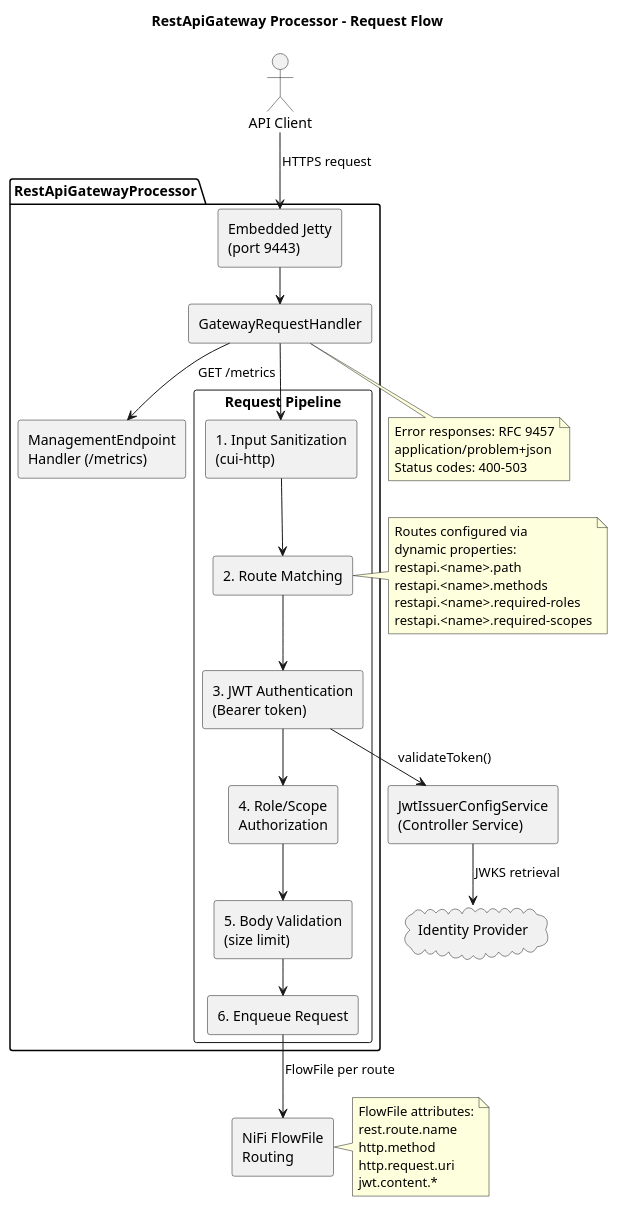
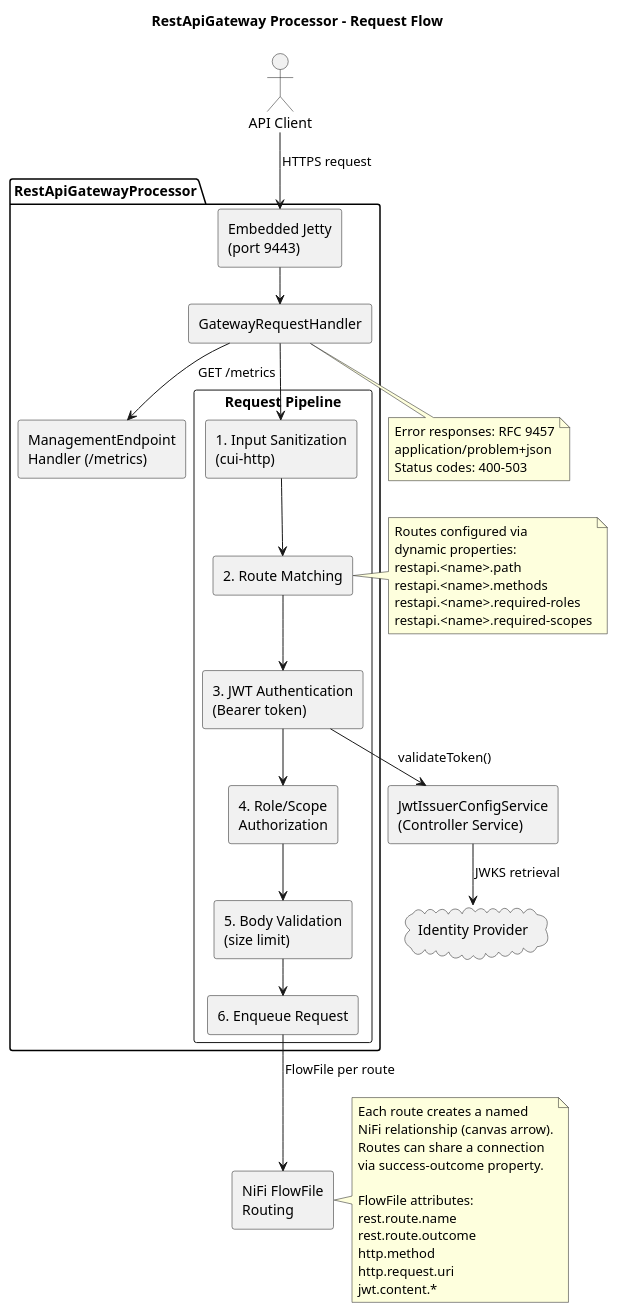
The diagram in doc/plantuml/api-gateway-pattern.puml (cuioss/nifi-extensions), drawn with PlantUML before and after one commit. The commit also changed 18 other files, not shown here.

First line of the commit message:
feat: rename Success Outcome to NiFi Connection Name and add connection map (#137) (#207)

```diff
--- a/doc/plantuml/api-gateway-pattern.puml
+++ b/doc/plantuml/api-gateway-pattern.puml
@@ -1,68 +1,74 @@
 @startuml api-gateway-pattern
 !pragma layout smetana
 skinparam componentStyle rectangle
 
 title "RestApiGateway Processor - Request Flow"
 
 actor "API Client" as client
 
 package "RestApiGatewayProcessor" {
   component "Embedded Jetty\n(port 9443)" as jetty
   component "GatewayRequestHandler" as handler
 
   component "Request Pipeline" as pipeline {
     component "1. Input Sanitization\n(cui-http)" as sanitize
     component "2. Route Matching" as route
     component "3. JWT Authentication\n(Bearer token)" as authn
     component "4. Role/Scope\nAuthorization" as authz
     component "5. Body Validation\n(size limit)" as body
     component "6. Enqueue Request" as enqueue
   }
 
   component "ManagementEndpoint\nHandler (/metrics)" as mgmt
 }
 
 component "JwtIssuerConfigService\n(Controller Service)" as cs
 component "NiFi FlowFile\nRouting" as flowfile
 
 cloud "Identity Provider" as idp
 
 client --> jetty : HTTPS request
 jetty --> handler
 handler --> sanitize
 sanitize --> route
 route --> authn
 authn --> authz
 authz --> body
 body --> enqueue
 enqueue --> flowfile : FlowFile per route
 
 handler --> mgmt : GET /metrics
 
 authn --> cs : validateToken()
 cs --> idp : JWKS retrieval
 
 note right of route
   Routes configured via
   dynamic properties:
   restapi.<name>.path
   restapi.<name>.methods
   restapi.<name>.required-roles
   restapi.<name>.required-scopes
 end note
 
 note right of flowfile
+  Each route creates a named
+  NiFi relationship (canvas arrow).
+  Routes can share a connection
+  via success-outcome property.
+
   FlowFile attributes:
   rest.route.name
+  rest.route.outcome
   http.method
   http.request.uri
   jwt.content.*
 end note
 
 note bottom of handler
   Error responses: RFC 9457
   application/problem+json
   Status codes: 400-503
 end note
 
 @enduml
```
